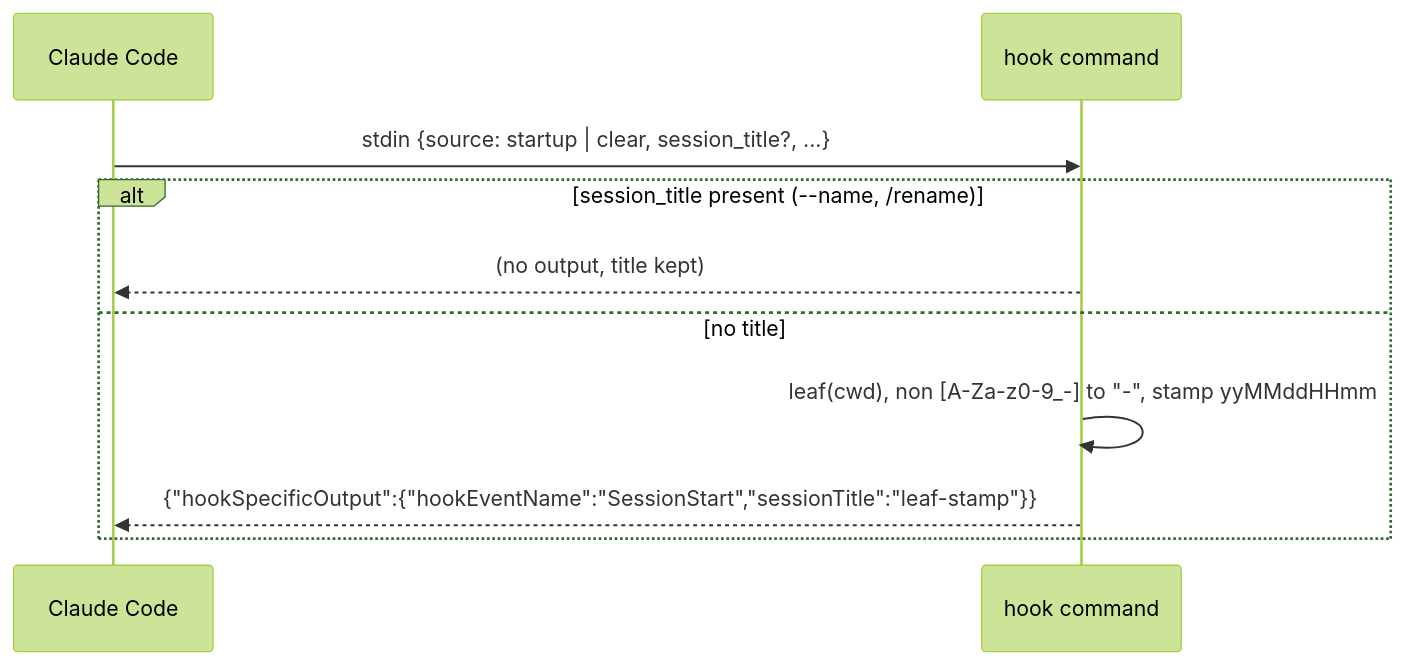
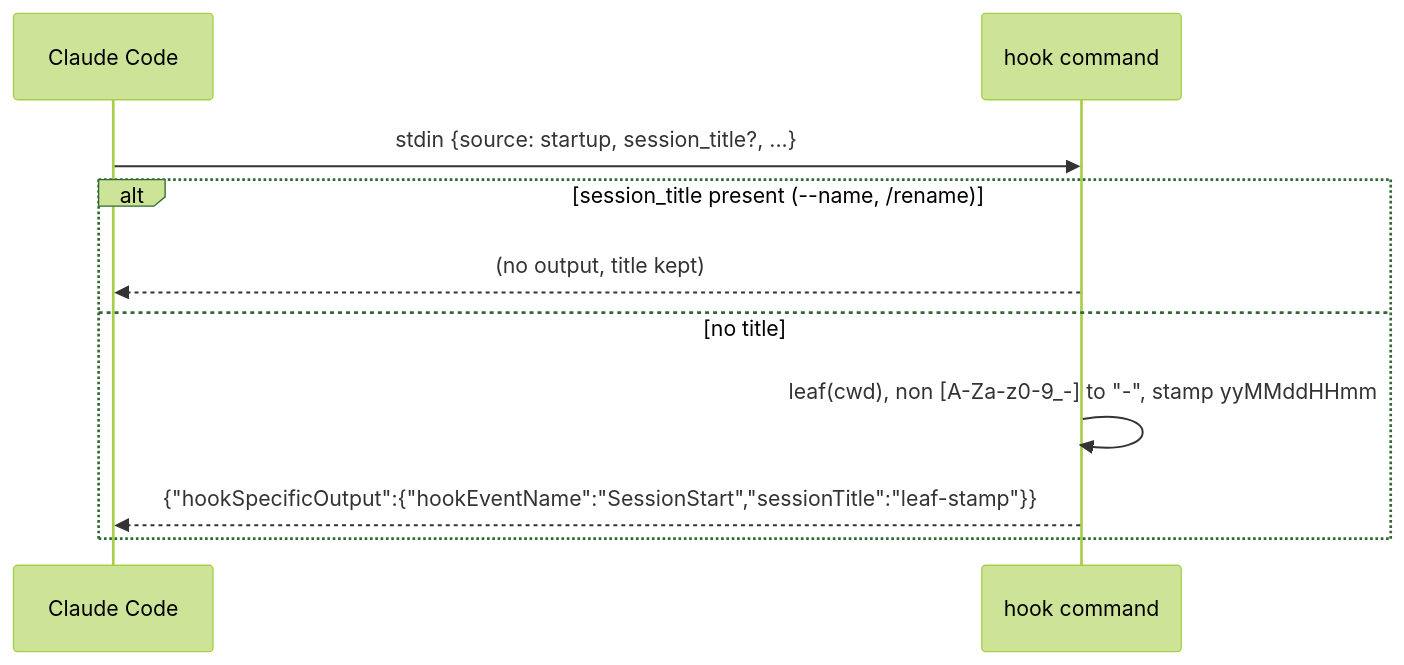
Before and after one commit to cheneeheng/claude-code-command-center: the third of 4 diagrams in tools/session-name-date-prefixer/product/ARCHITECTURE.md, drawn with Mermaid (forest theme). The commit also changed other lines of this file and 7 other files, not shown here.

First line of the commit message:
fix(session-name-date-prefixer): run the hook on startup only

````diff
--- a/tools/session-name-date-prefixer/product/ARCHITECTURE.md
+++ b/tools/session-name-date-prefixer/product/ARCHITECTURE.md
@@ -40,13 +40,13 @@
 ```mermaid
 sequenceDiagram
     participant C as Claude Code
     participant H as hook command
 
-    C->>H: stdin {source: startup | clear, session_title?, ...}
+    C->>H: stdin {source: startup, session_title?, ...}
     alt session_title present (--name, /rename)
         H-->>C: (no output, title kept)
     else no title
         H->>H: leaf(cwd), non [A-Za-z0-9_-] to "-", stamp yyMMddHHmm
         H-->>C: {"hookSpecificOutput":{"hookEventName":"SessionStart","sessionTitle":"leaf-stamp"}}
     end
 ```
````
